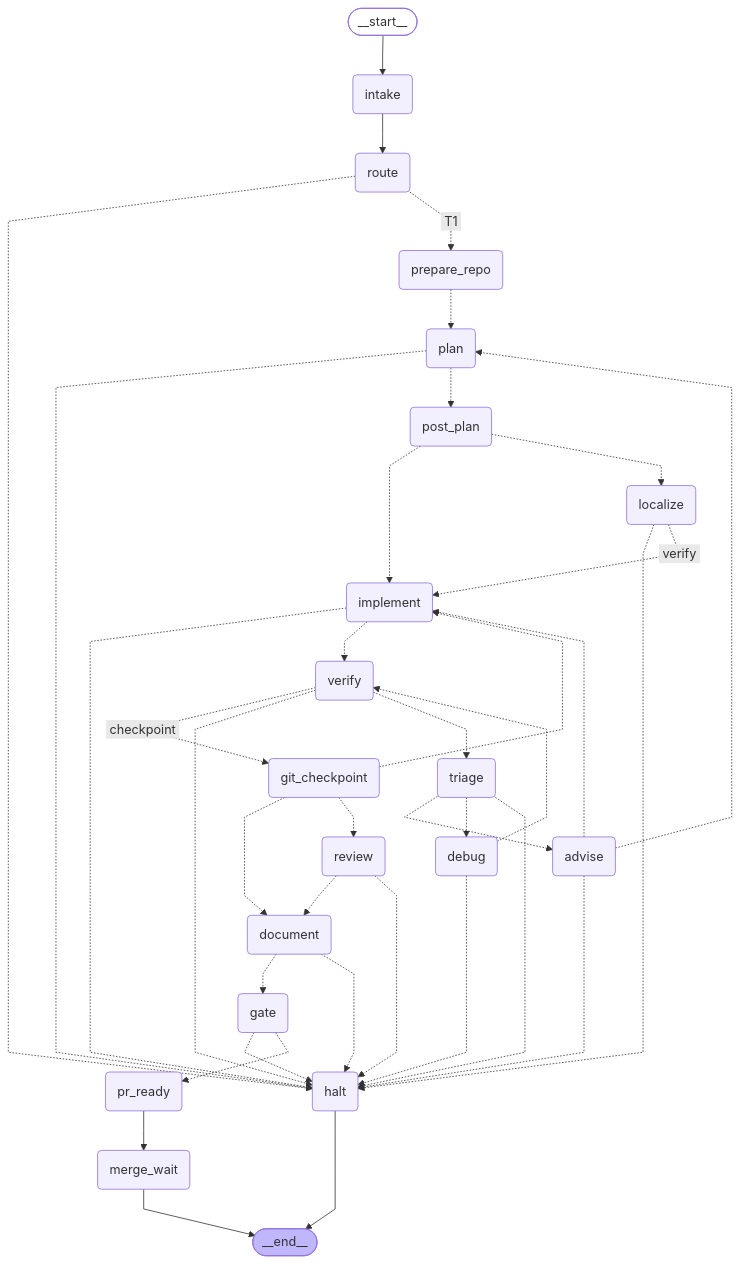
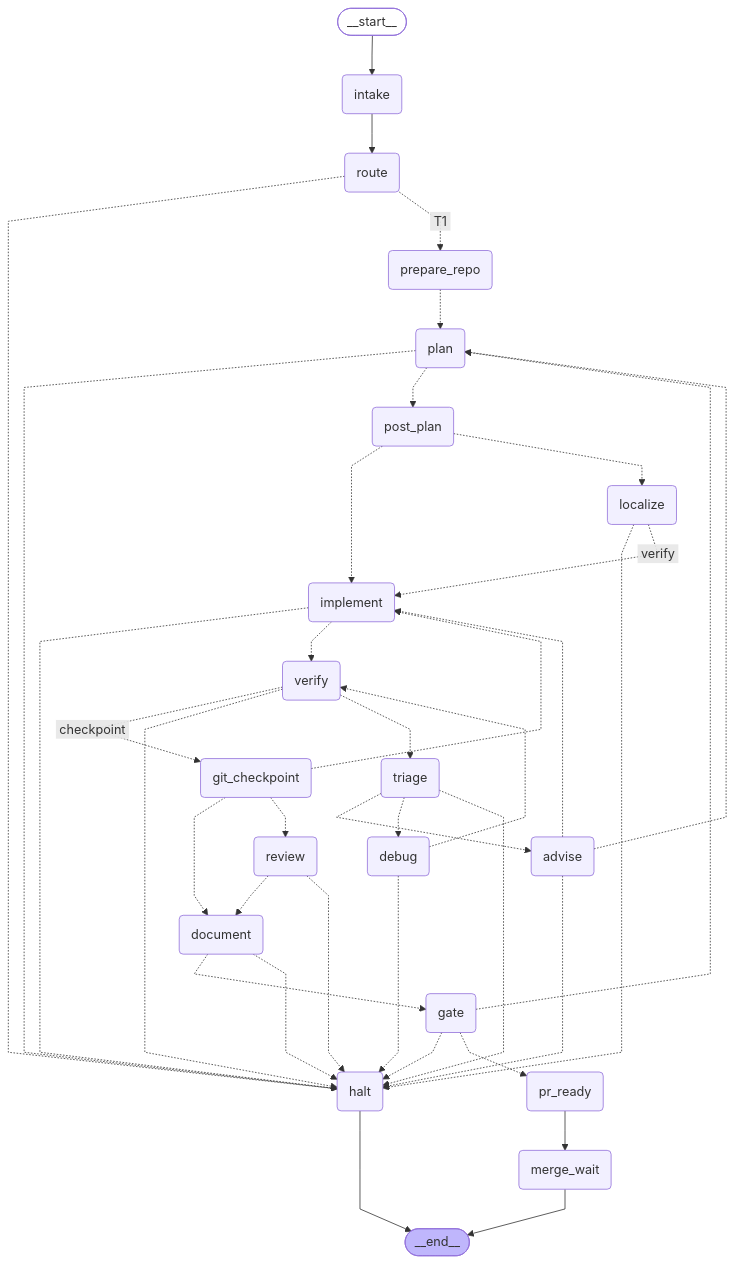
The fifth of 8 diagrams in docs/ARCHITECTURE.md (NewMe505/SCIO), drawn with Mermaid before and after one commit. The commit also changed other lines of this file and 12 other files, not shown here.

````diff
--- a/docs/ARCHITECTURE.md
+++ b/docs/ARCHITECTURE.md
@@ -141,67 +141,68 @@
 ```mermaid
 ---
 config:
   flowchart:
     curve: linear
 ---
 graph TD;
 	__start__([<p>__start__</p>]):::first
 	intake(intake)
 	route(route)
 	prepare_repo(prepare_repo)
 	verify(verify)
 	git_checkpoint(git_checkpoint)
 	document(document)
 	gate(gate)
 	pr_ready(pr_ready)
 	merge_wait(merge_wait)
 	halt(halt)
 	plan(plan)
 	post_plan(post_plan)
 	implement(implement)
 	debug(debug)
 	advise(advise)
 	review(review)
 	localize(localize)
 	triage(triage)
 	__end__([<p>__end__</p>]):::last
 	__start__ --> intake;
 	advise -.-> halt;
 	advise -.-> implement;
 	advise -.-> plan;
 	debug -.-> halt;
 	debug -.-> verify;
 	document -.-> gate;
 	document -.-> halt;
 	gate -.-> halt;
+	gate -.-> plan;
 	gate -.-> pr_ready;
 	git_checkpoint -.-> document;
 	git_checkpoint -.-> implement;
 	git_checkpoint -.-> review;
 	implement -.-> halt;
 	implement -.-> verify;
 	intake --> route;
 	localize -.-> halt;
 	localize -. &nbsp;verify&nbsp; .-> implement;
 	plan -.-> halt;
 	plan -.-> post_plan;
 	post_plan -.-> implement;
 	post_plan -.-> localize;
 	pr_ready --> merge_wait;
 	prepare_repo -.-> plan;
 	review -.-> document;
 	review -.-> halt;
 	route -.-> halt;
 	route -. &nbsp;T1&nbsp; .-> prepare_repo;
 	triage -.-> advise;
 	triage -.-> debug;
 	triage -.-> halt;
 	verify -. &nbsp;checkpoint&nbsp; .-> git_checkpoint;
 	verify -.-> halt;
 	verify -.-> triage;
 	halt --> __end__;
 	merge_wait --> __end__;
 	classDef default fill:#f2f0ff,line-height:1.2
 	classDef first fill-opacity:0
 	classDef last fill:#bfb6fc
 ```
````
